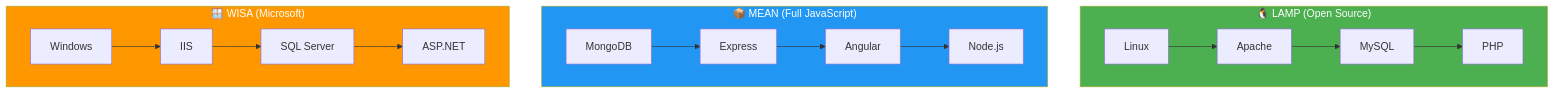
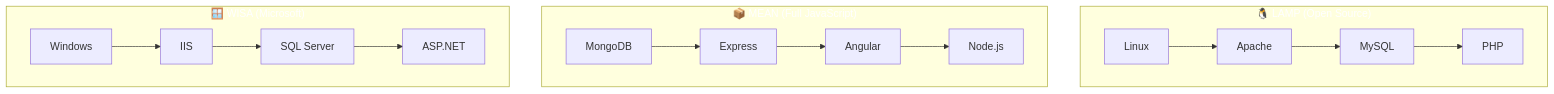
Before and after one commit to joseluisgs/DesarrolloWebEntornosServidor-01-2026-2027: the second of 2 diagrams in 07-lenguajes-frameworks.md, drawn with Mermaid. The commit also changed other lines of this file and 66 other files, not shown here.

First line of the commit message:
fix: normalizar titulos al castellano de frase y corregir la paleta de mermaid

````diff
--- a/07-lenguajes-frameworks.md
+++ b/07-lenguajes-frameworks.md
@@ -77,31 +77,31 @@
 ```mermaid
 graph TD
     subgraph LAMP["🐧 LAMP (Open Source)"]
         L1["Linux"]
         L2["Apache"]
         L3["MySQL"]
         L4["PHP"]
     end
 
     subgraph MEAN["📦 MEAN (Full JavaScript)"]
         M1["MongoDB"]
         M2["Express"]
         M3["Angular"]
         M4["Node.js"]
     end
 
     subgraph WISA["🪟 WISA (Microsoft)"]
         W1["Windows"]
         W2["IIS"]
         W3["SQL Server"]
         W4["ASP.NET"]
     end
 
     L1 --> L2 --> L3 --> L4
     M1 --> M2 --> M3 --> M4
     W1 --> W2 --> W3 --> W4
 
-    style LAMP fill:#4CAF50,color:#fff
-    style MEAN fill:#2196F3,color:#fff
-    style WISA fill:#FF9800,color:#fff
+    style LAMP fill:#4CAF5,color:#fff0,color:#fff
+    style MEAN fill:#2196F,color:#fff3,color:#fff
+    style WISA fill:#FF980,color:#fff0,color:#fff
 ```
````
